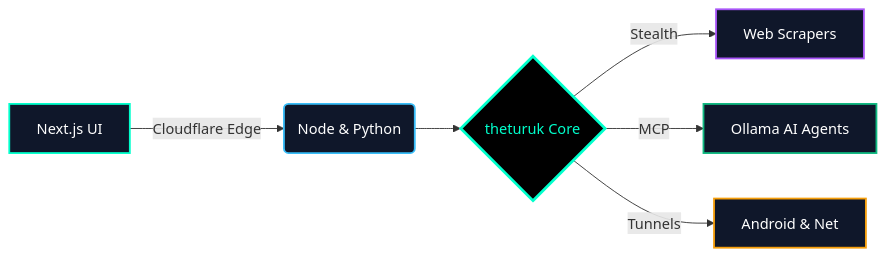
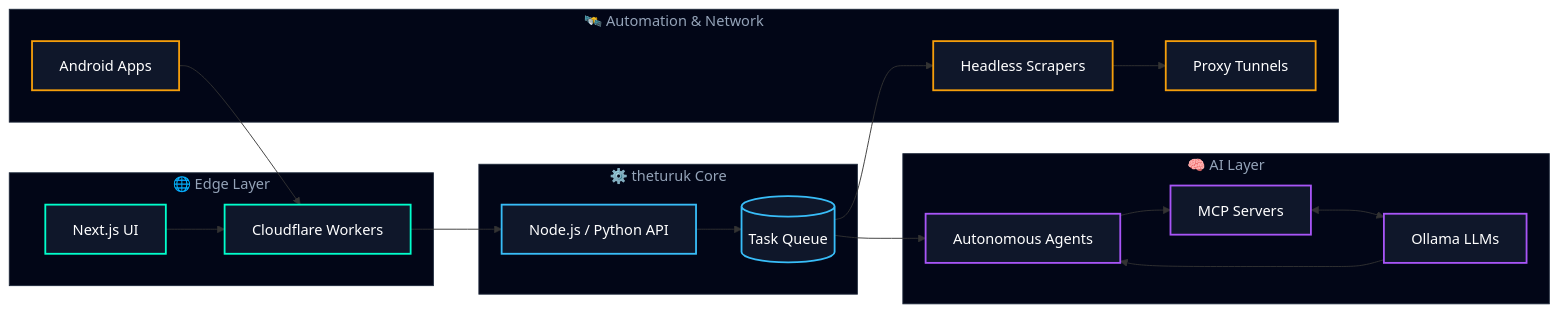
The diagram in README.md (theturuk/theturuk), drawn with Mermaid before and after one commit. The commit also changed other lines of this file and 2 other files, not shown here.

````diff
--- a/README.md
+++ b/README.md
@@ -122,14 +118,39 @@
 ```mermaid
-graph LR
-    A[Next.js UI] -->|Cloudflare Edge| B(Node & Python)
-    B --> C{theturuk Core}
-    C -->|Stealth| D[Web Scrapers]
-    C -->|MCP| E[Ollama AI Agents]
-    C -->|Tunnels| F[Android & Net]
-    style A fill:#0f172a,stroke:#00ffcc,stroke-width:2px,color:#fff
-    style B fill:#0f172a,stroke:#38bdf8,stroke-width:2px,color:#fff
-    style C fill:#000000,stroke:#00ffcc,stroke-width:3px,color:#00ffcc
-    style D fill:#0f172a,stroke:#a855f7,stroke-width:2px,color:#fff
-    style E fill:#0f172a,stroke:#10b981,stroke-width:2px,color:#fff
-    style F fill:#0f172a,stroke:#f59e0b,stroke-width:2px,color:#fff
+flowchart LR
+    subgraph EDGE["🌐 Edge Layer"]
+        UI["Next.js UI"] --> CF["Cloudflare Workers"]
+    end
+
+    subgraph CORE["⚙️ theturuk Core"]
+        API["Node.js / Python API"] --> Q[("Task Queue")]
+    end
+
+    subgraph AI["🧠 AI Layer"]
+        MCP["MCP Servers"] <--> LLM["Ollama LLMs"]
+        LLM --> AG["Autonomous Agents"]
+    end
+
+    subgraph OPS["🛰️ Automation & Network"]
+        SC["Headless Scrapers"] --> PX["Proxy Tunnels"]
+        AN["Android Apps"]
+    end
+
+    CF --> API
+    Q --> SC
+    Q --> AG
+    AG --> MCP
+    AN --> CF
+
+    classDef cyan fill:#0f172a,stroke:#00ffcc,stroke-width:2px,color:#ffffff
+    classDef sky fill:#0f172a,stroke:#38bdf8,stroke-width:2px,color:#ffffff
+    classDef violet fill:#0f172a,stroke:#a855f7,stroke-width:2px,color:#ffffff
+    classDef amber fill:#0f172a,stroke:#f59e0b,stroke-width:2px,color:#ffffff
+    class UI,CF cyan
+    class API,Q sky
+    class MCP,LLM,AG violet
+    class SC,PX,AN amber
+    style EDGE fill:#020617,stroke:#1e293b,color:#94a3b8
+    style CORE fill:#020617,stroke:#1e293b,color:#94a3b8
+    style AI fill:#020617,stroke:#1e293b,color:#94a3b8
+    style OPS fill:#020617,stroke:#1e293b,color:#94a3b8
 ```
````
